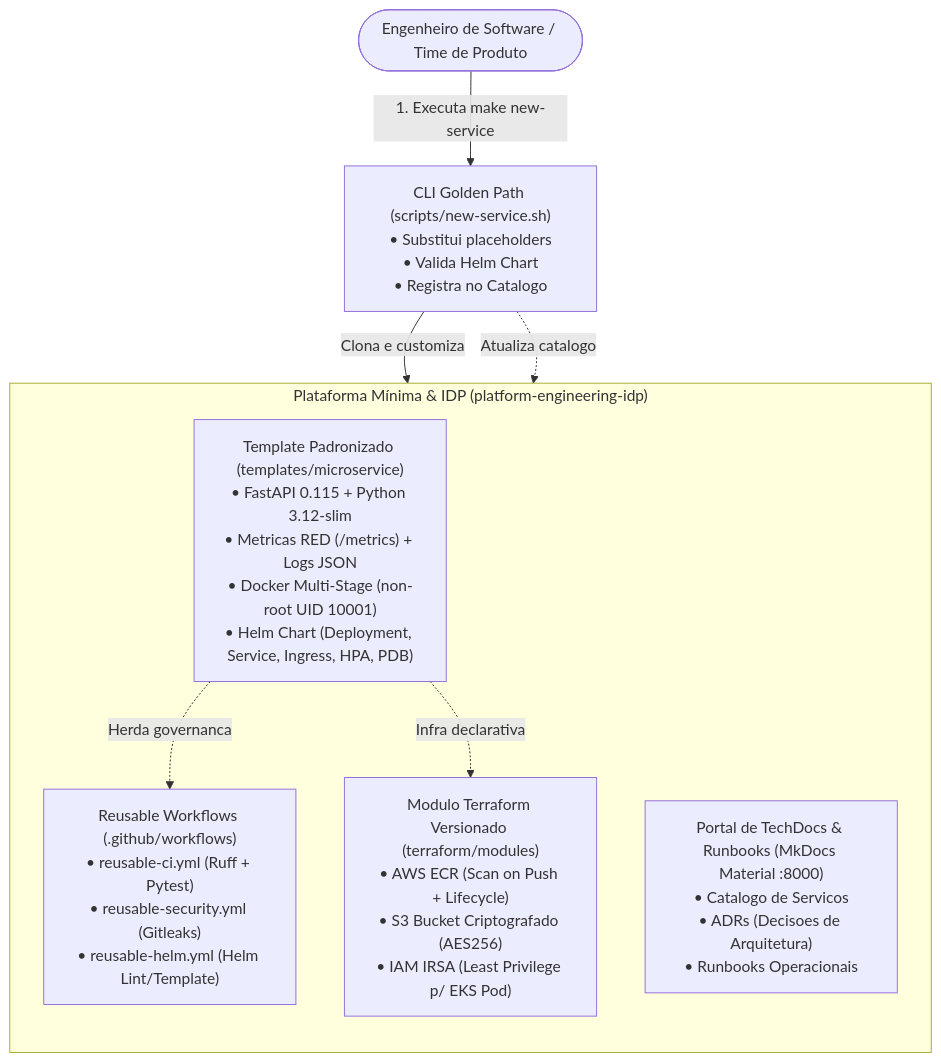
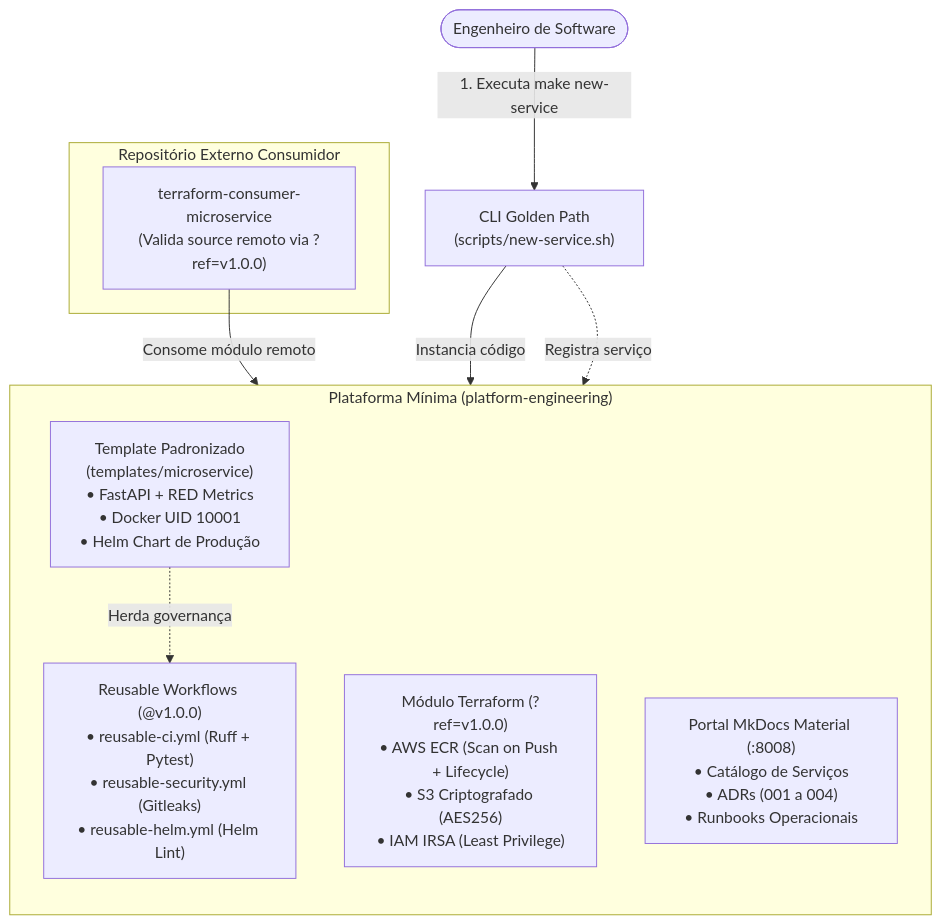
One commit to Gabriel-V-Mendes/platform-engineering changed the diagram in README.md. Above: the diagram before and after it, drawn with Mermaid. The commit also changed other lines of this file and 62 other files, not shown here.

Commit message:
refactor(platform): purge legacy Backstage, pin actions by SHA, pin reusable workflows to v1.0.0, validate remote terraform module and align docs with real measurements

````diff
--- a/README.md
+++ b/README.md
@@ -36,17 +33,21 @@
 ```mermaid
 flowchart TB
-    Eng(["Engenheiro de Software / Time de Produto"]) -->|"1. Executa make new-service"| CLI["CLI Golden Path (scripts/new-service.sh)\n• Substitui placeholders\n• Valida Helm Chart\n• Registra no Catalogo"]
+    Dev(["Engenheiro de Software"]) -->|"1. Executa make new-service"| CLI["CLI Golden Path\n(scripts/new-service.sh)"]
 
-    subgraph PlatformIDP["Plataforma Mínima & IDP (platform-engineering-idp)"]
+    subgraph Platform["Plataforma Mínima (platform-engineering)"]
         direction TB
-        Template["Template Padronizado (templates/microservice)\n• FastAPI 0.115 + Python 3.12-slim\n• Metricas RED (/metrics) + Logs JSON\n• Docker Multi-Stage (non-root UID 10001)\n• Helm Chart (Deployment, Service, Ingress, HPA, PDB)"]
-        Workflows["Reusable Workflows (.github/workflows)\n• reusable-ci.yml (Ruff + Pytest)\n• reusable-security.yml (Gitleaks)\n• reusable-helm.yml (Helm Lint/Template)"]
-        TFModule["Modulo Terraform Versionado (terraform/modules)\n• AWS ECR (Scan on Push + Lifecycle)\n• S3 Bucket Criptografado (AES256)\n• IAM IRSA (Least Privilege p/ EKS Pod)"]
-        Portal["Portal de TechDocs & Runbooks (MkDocs Material :8000)\n• Catalogo de Servicos\n• ADRs (Decisoes de Arquitetura)\n• Runbooks Operacionais"]
+        Template["Template Padronizado\n(templates/microservice)\n• FastAPI + RED Metrics\n• Docker UID 10001\n• Helm Chart de Produção"]
+        Workflows["Reusable Workflows (@v1.0.0)\n• reusable-ci.yml (Ruff + Pytest)\n• reusable-security.yml (Gitleaks)\n• reusable-helm.yml (Helm Lint)"]
+        TFModule["Módulo Terraform (?ref=v1.0.0)\n• AWS ECR (Scan on Push + Lifecycle)\n• S3 Criptografado (AES256)\n• IAM IRSA (Least Privilege)"]
+        Portal["Portal MkDocs Material (:8008)\n• Catálogo de Serviços\n• ADRs (001 a 004)\n• Runbooks Operacionais"]
     end
 
-    CLI -->|"Clona e customiza"| Template
-    Template -. "Herda governanca" .-> Workflows
-    Template -. "Infra declarativa" .-> TFModule
-    CLI -. "Atualiza catalogo" .-> Portal
+    subgraph Consumer["Repositório Externo Consumidor"]
+        RemoteTF["terraform-consumer-microservice\n(Valida source remoto via ?ref=v1.0.0)"]
+    end
+
+    CLI -->|"Instancia código"| Template
+    Template -.->|"Herda governança"| Workflows
+    RemoteTF -->|"Consome módulo remoto"| TFModule
+    CLI -.->|"Registra serviço"| Portal
 ```
````
